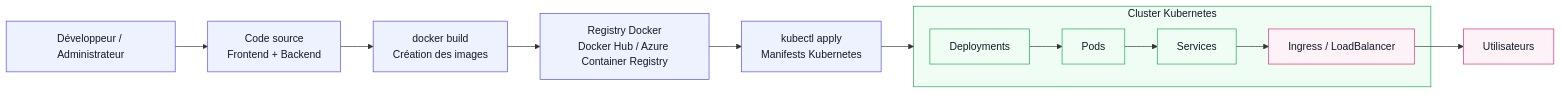
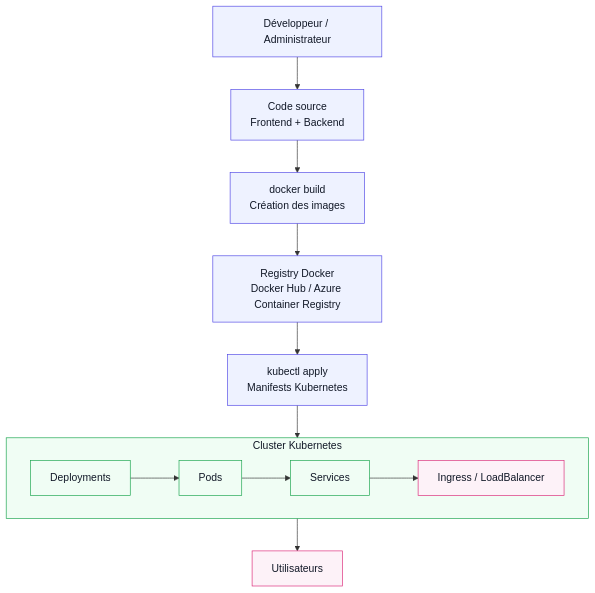
Before and after one commit to Amine-Bhd/wendevSupport: the diagram in diagrams/flux_deploiement.mmd, drawn with Mermaid. The commit also changed 14 other files, not shown here.

Commit message:
Integrer les diagrammes rendus au rapport

```diff
--- a/diagrams/flux_deploiement.mmd
+++ b/diagrams/flux_deploiement.mmd
@@ -1,26 +1,27 @@
-flowchart LR
+flowchart TB
     dev["Développeur / Administrateur"] --> code["Code source\nFrontend + Backend"]
     code --> build["docker build\nCréation des images"]
     build --> registry["Registry Docker\nDocker Hub / Azure Container Registry"]
     registry --> deploy["kubectl apply\nManifests Kubernetes"]
     deploy --> k8s["Cluster Kubernetes"]
 
     subgraph k8s["Cluster Kubernetes"]
+        direction LR
         dep["Deployments"]
         pods["Pods"]
         svc["Services"]
         ing["Ingress / LoadBalancer"]
     end
 
     dep --> pods
     pods --> svc
     svc --> ing
     ing --> users["Utilisateurs"]
 
     classDef action fill:#eef2ff,stroke:#4f46e5,color:#111827
     classDef cluster fill:#f0fdf4,stroke:#16a34a,color:#111827
     classDef access fill:#fdf2f8,stroke:#db2777,color:#111827
 
     class dev,code,build,registry,deploy action
     class k8s,dep,pods,svc cluster
     class ing,users access
```
